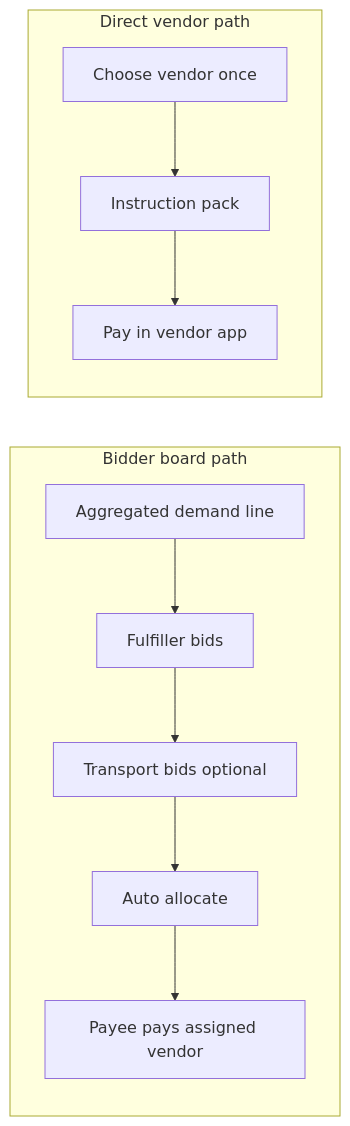
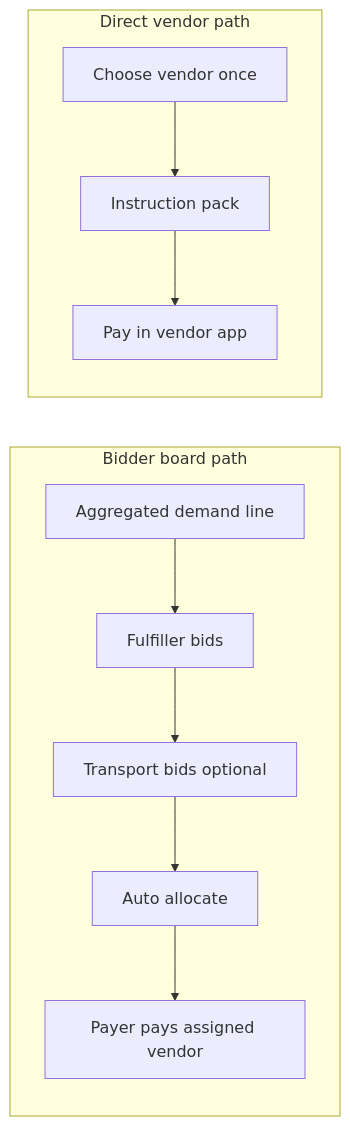
Before and after one commit to sharingbridge/sharingbridge: the second of 2 diagrams in design/Configurator_Role_and_Unified_Initiation.md, drawn with Mermaid. The commit also changed other lines of this file and 21 other files, not shown here.

Commit message:
Lock vocabulary: initiator, payer, payee as payment recipient.

````diff
--- a/design/Configurator_Role_and_Unified_Initiation.md
+++ b/design/Configurator_Role_and_Unified_Initiation.md
@@ -169,17 +170,17 @@
 ```mermaid
 flowchart LR
   subgraph board [Bidder board path]
     D[Aggregated demand line]
     VB[Fulfiller bids]
     TB[Transport bids optional]
     AL[Auto allocate]
-    P[Payee pays assigned vendor]
+    P[Payer pays assigned vendor]
   end
   subgraph direct [Direct vendor path]
     V[Choose vendor once]
     IP[Instruction pack]
     PAY[Pay in vendor app]
   end
   D --> VB --> TB --> AL --> P
   V --> IP --> PAY
 ```
````
